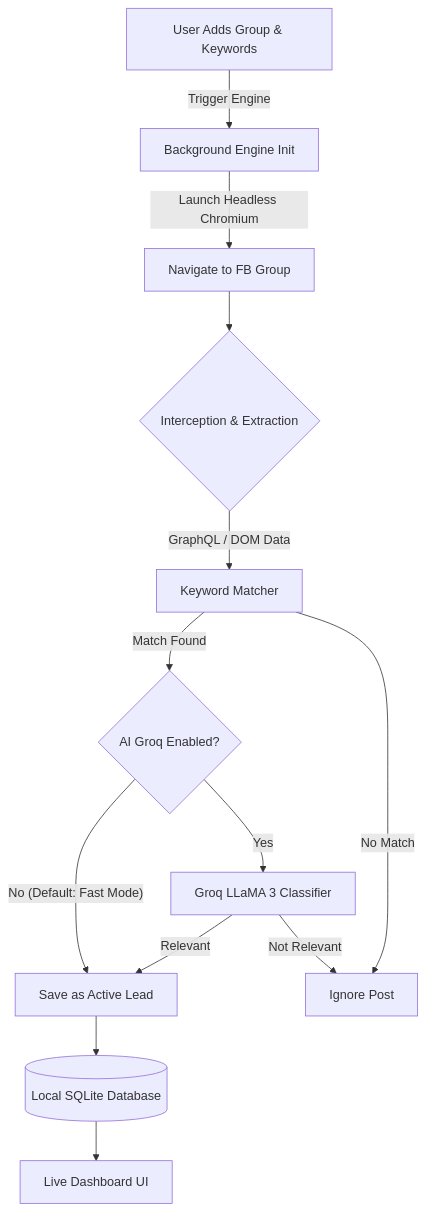
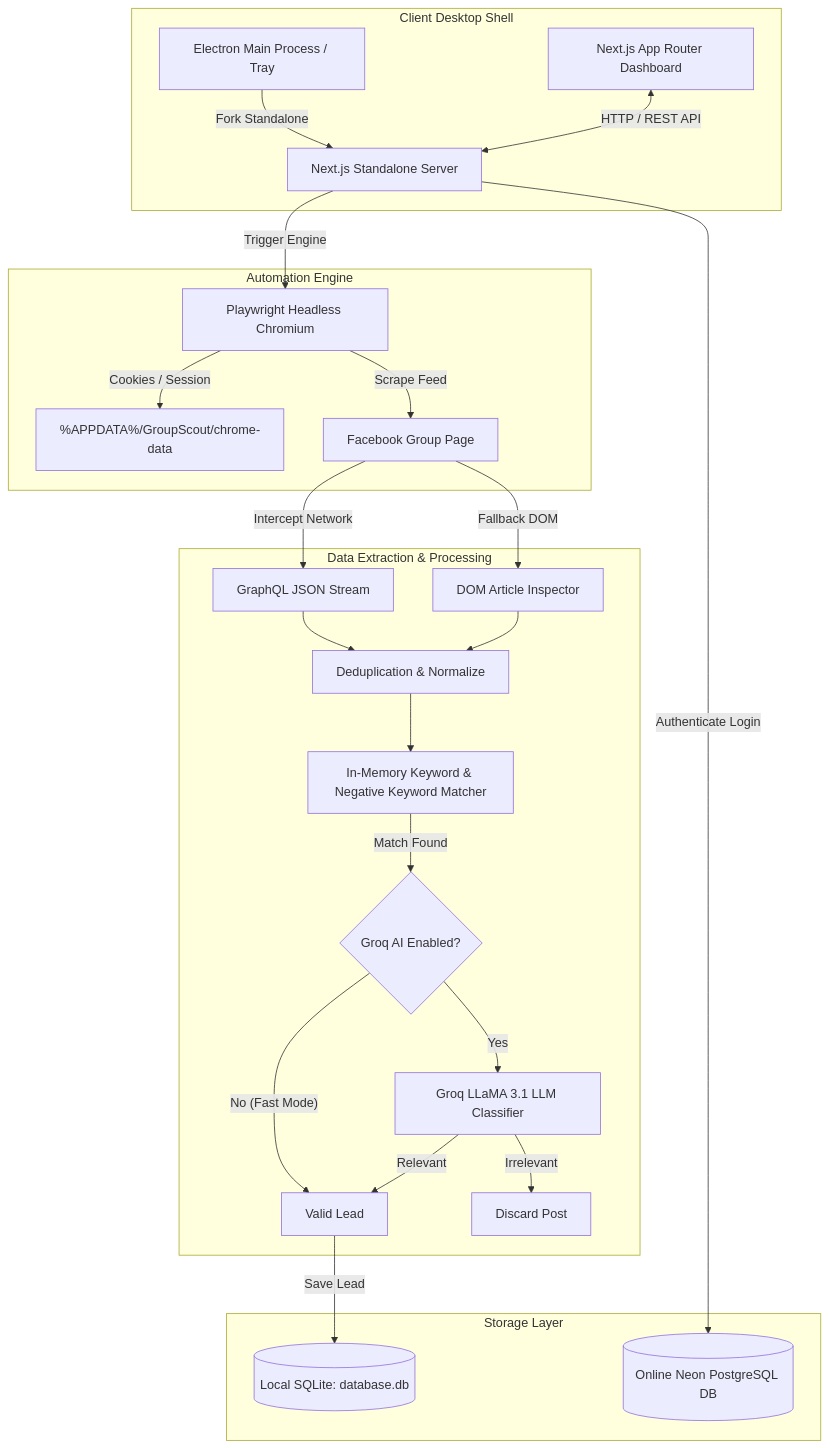
The first of 6 diagrams in README.md (Abubakkar-Khan/Group_Scout_Electron), drawn with Mermaid before and after one commit. The commit also changed other lines of this file, not shown here.

Commit message:
docs: updated README.md with lengthy structure, system flowcharts, dual-database diagrams, ERD, and build guide

````diff
--- a/README.md
+++ b/README.md
@@ -44,15 +52,30 @@
 ```mermaid
-graph TD
-    A[User Adds Group & Keywords] -->|Trigger Engine| B[Background Engine Init]
-    B -->|Launch Headless Chromium| C[Navigate to FB Group]
-    C --> D{Interception & Extraction}
-    D -->|GraphQL / DOM Data| E[Keyword Matcher]
-    E -- Match Found --> F{AI Groq Enabled?}
-    E -- No Match --> G[Ignore Post]
-    F -- No (Default: Fast Mode) --> H[Save as Active Lead]
-    F -- Yes --> I[Groq LLaMA 3 Classifier]
-    I -- Relevant --> H
-    I -- Not Relevant --> G
-    H --> J[(Local SQLite Database)]
-    J --> K[Live Dashboard UI]
+flowchart TD
+    subgraph Client Desktop Shell
+        Electron[Electron Main Process / Tray] -->|Fork Standalone| Server[Next.js Standalone Server]
+        UI[Next.js App Router Dashboard] <-->|HTTP / REST API| Server
+    end
+
+    subgraph Automation Engine
+        Server -->|Trigger Engine| Playwright[Playwright Headless Chromium]
+        Playwright -->|Cookies / Session| ChromeData[%APPDATA%/GroupScout/chrome-data]
+        Playwright -->|Scrape Feed| FB[Facebook Group Page]
+    end
+
+    subgraph Data Extraction & Processing
+        FB -->|Intercept Network| GraphQL[GraphQL JSON Stream]
+        FB -->|Fallback DOM| DOM[DOM Article Inspector]
+        GraphQL & DOM --> Dedupe[Deduplication & Normalize]
+        Dedupe --> Matching[In-Memory Keyword & Negative Keyword Matcher]
+        Matching -- Match Found --> GroqCheck{Groq AI Enabled?}
+        GroqCheck -- No (Fast Mode) --> Lead[Valid Lead]
+        GroqCheck -- Yes --> Groq[Groq LLaMA 3.1 LLM Classifier]
+        Groq -- Relevant --> Lead
+        Groq -- Irrelevant --> Drop[Discard Post]
+    end
+
+    subgraph Storage Layer
+        Lead -->|Save Lead| LocalDB[(Local SQLite: database.db)]
+        Server -->|Authenticate Login| NeonDB[(Online Neon PostgreSQL DB)]
+    end
 ```
````
